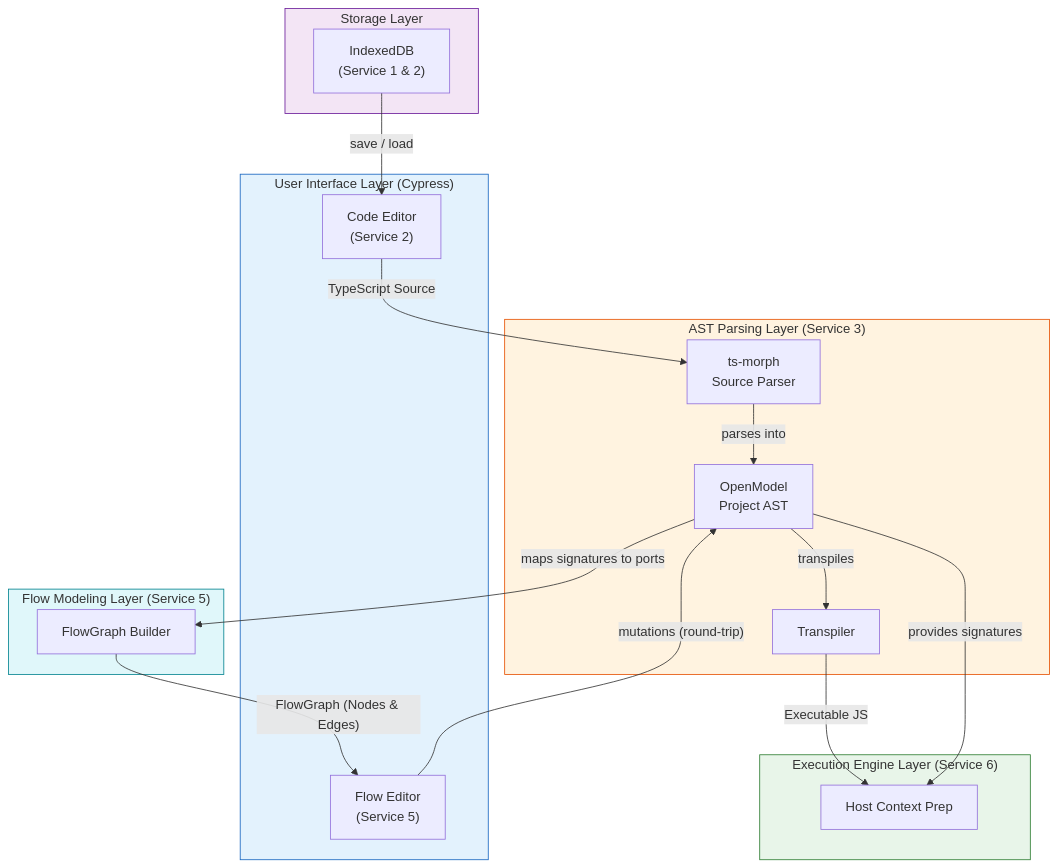
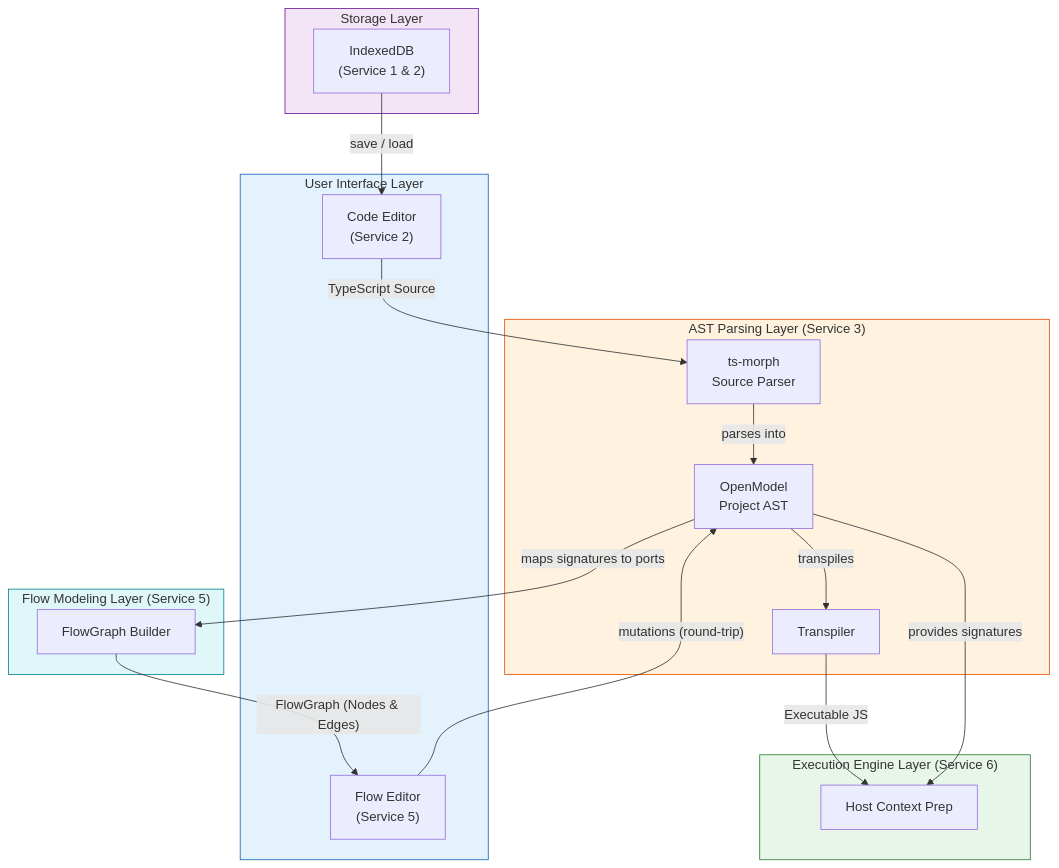
One commit to rimvydasb/open-modeler-ts changed the first of 3 diagrams in docs/03_AST_PARSING_ARCH.md. Above: the diagram before and after it, drawn with Mermaid. The commit also changed 1 other file, not shown here.

Commit message:
refactor

````diff
--- a/docs/03_AST_PARSING_ARCH.md
+++ b/docs/03_AST_PARSING_ARCH.md
@@ -34,43 +34,43 @@
 ```mermaid
 graph TB
     subgraph PersistenceLayer["Storage Layer"]
         IDB["IndexedDB<br/>(Service 1 & 2)"]
     end
 
-    subgraph UserInterface["User Interface Layer (Cypress)"]
+    subgraph UserInterface["User Interface Layer"]
         CE["Code Editor<br/>(Service 2)"]
         FE["Flow Editor<br/>(Service 5)"]
     end
 
     subgraph AnalysisLayer["AST Parsing Layer (Service 3)"]
         TSM["ts-morph<br/>Source Parser"]
         AST["OpenModel<br/>Project AST"]
         TRANS["Transpiler"]
     end
 
     subgraph FlowModelingLayer["Flow Modeling Layer (Service 5)"]
         FGB["FlowGraph Builder"]
     end
 
     subgraph ExecutionLayer["Execution Engine Layer (Service 6)"]
         VM_PREP["Host Context Prep"]
     end
 
     IDB -- " save / load " --> CE
     CE -- " TypeScript Source " --> TSM
     TSM -- " parses into " --> AST
 
     AST -- " maps signatures to ports " --> FGB
     FGB -- " FlowGraph (Nodes & Edges) " --> FE
     FE -- " mutations (round-trip) " --> AST
 
     AST -- " transpiles " --> TRANS
     TRANS -- " Executable JS " --> VM_PREP
     AST -- " provides signatures " --> VM_PREP
 
     style PersistenceLayer fill: #f3e5f5, stroke: #6a1b9a
     style UserInterface fill: #e3f2fd, stroke: #1565c0
     style AnalysisLayer fill: #fff3e0, stroke: #e65100
     style FlowModelingLayer fill: #e0f7fa, stroke: #00838f
     style ExecutionLayer fill: #e8f5e9, stroke: #2e7d32
 ```
````
